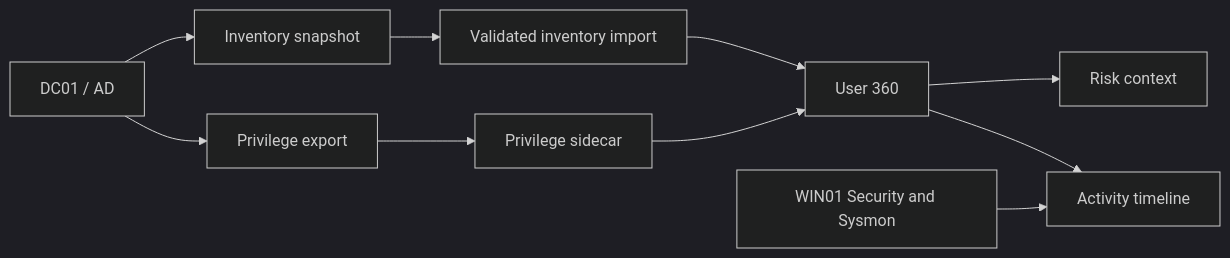
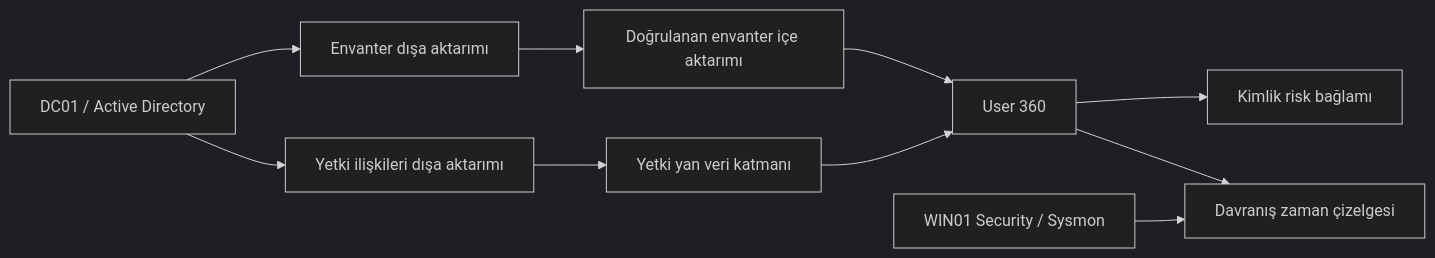
Before and after one commit to mahirkau1/AEGIS-SOC: the diagram in docs/active-directory-setup.md, drawn with Mermaid (dark theme). The commit also changed other lines of this file and 10 other files, not shown here.

````diff
--- a/docs/active-directory-setup.md
+++ b/docs/active-directory-setup.md
@@ -100,12 +125,12 @@
 ```mermaid
 flowchart LR
-  DC[DC01 / AD] --> INV[Inventory snapshot]
-  DC --> PRIV[Privilege export]
-  INV --> IMP[Validated inventory import]
-  PRIV --> SIDE[Privilege sidecar]
-  IMP --> USER[User 360]
-  SIDE --> USER
-  USER --> RISK[Risk context]
-  USER --> TIME[Activity timeline]
-  WIN[WIN01 Security and Sysmon] --> TIME
+    DC[DC01 / Active Directory] --> ENV[Envanter dışa aktarımı]
+    DC --> YET[Yetki ilişkileri dışa aktarımı]
+    ENV --> IMP[Doğrulanan envanter içe aktarımı]
+    YET --> SID[Yetki yan veri katmanı]
+    IMP --> U[User 360]
+    SID --> U
+    WIN[WIN01 Security / Sysmon] --> Z[Davranış zaman çizelgesi]
+    U --> R[Kimlik risk bağlamı]
+    U --> Z
 ```
````
